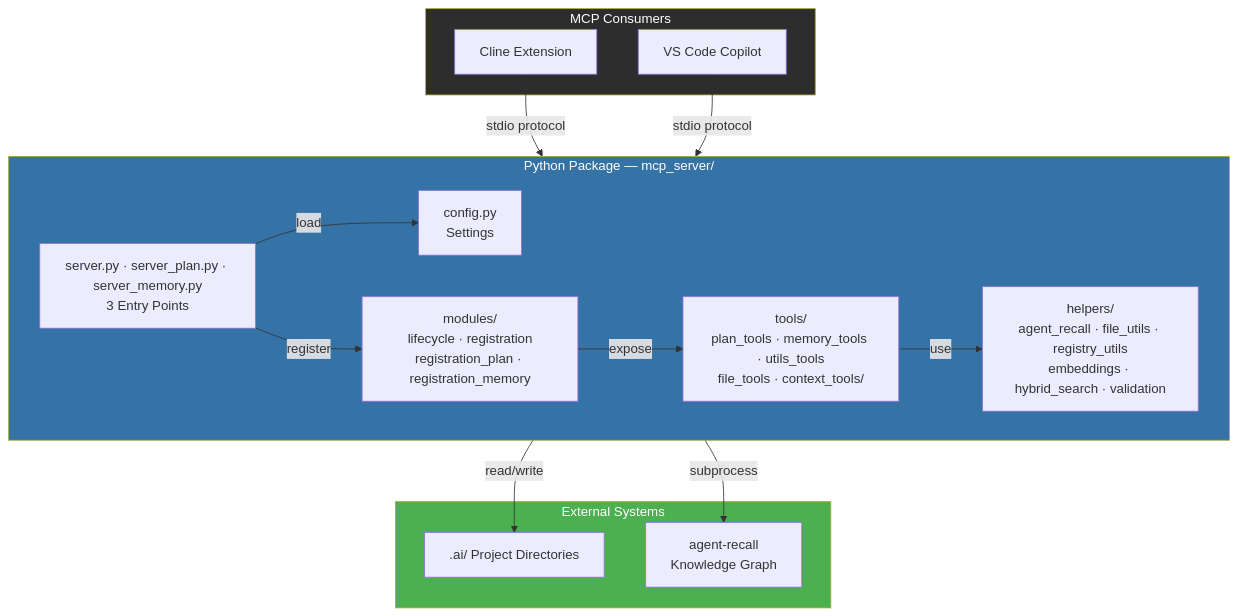
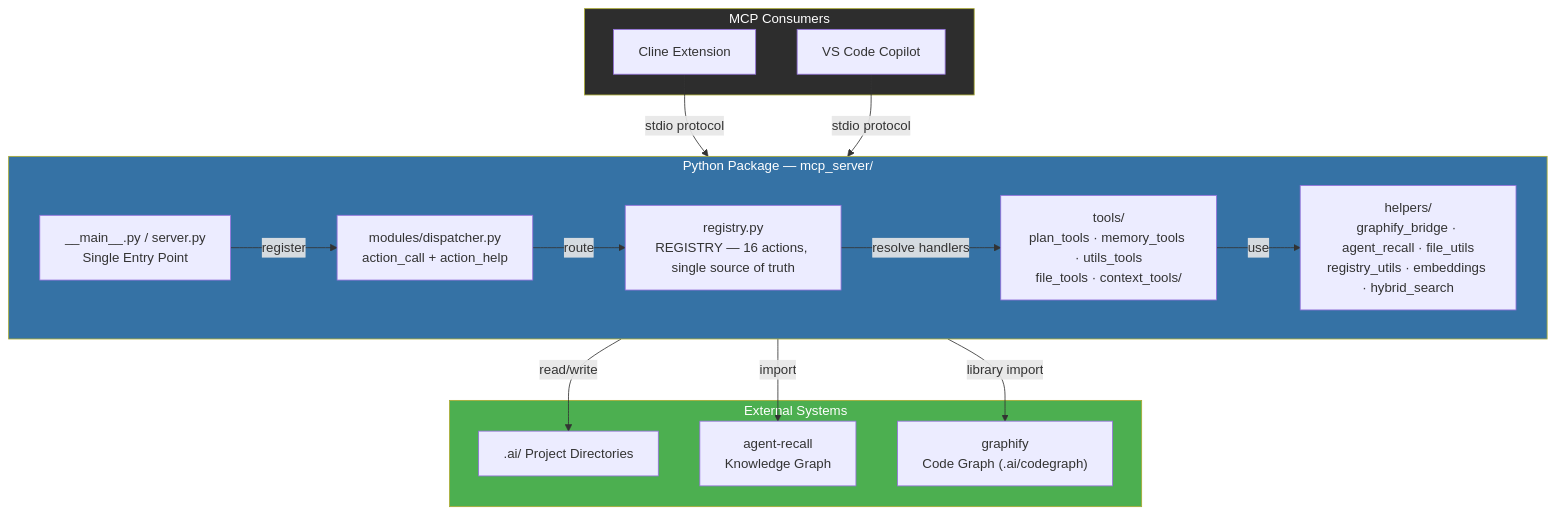
The first of 2 diagrams in src/mcp_server/README.md (awsomplak/awlab-ai-assistant), drawn with Mermaid before and after one commit. The commit also changed other lines of this file and 26 other files, not shown here.

````diff
--- a/src/mcp_server/README.md
+++ b/src/mcp_server/README.md
@@ -17,33 +15,35 @@
 ```mermaid
 graph TB
   subgraph SERVER["Python Package — mcp_server/"]
     direction LR
-    MCP_MAIN["server.py · server_plan.py · server_memory.py<br/>3 Entry Points"]
-    CFG["config.py<br/>Settings"]
+    MAIN["__main__.py / server.py<br/>Single Entry Point"]
+    DISP["modules/dispatcher.py<br/>action_call + action_help"]
+    REG["registry.py<br/>REGISTRY — 16 actions, single source of truth"]
     TOOLS["tools/<br/>plan_tools · memory_tools · utils_tools<br/>file_tools · context_tools/"]
-    HELPERS["helpers/<br/>agent_recall · file_utils · registry_utils<br/>embeddings · hybrid_search · validation"]
-    MODS["modules/<br/>lifecycle · registration<br/>registration_plan · registration_memory"]
+    HELPERS["helpers/<br/>graphify_bridge · agent_recall · file_utils<br/>registry_utils · embeddings · hybrid_search"]
   end
 
   subgraph CLIENTS["MCP Consumers"]
     CL["Cline Extension"]
     CP["VS Code Copilot"]
   end
 
   subgraph EXTERNAL["External Systems"]
     FS[".ai/ Project Directories"]
     AG["agent-recall<br/>Knowledge Graph"]
+    CG["graphify<br/>Code Graph (.ai/codegraph)"]
   end
 
-  CL & CP -->|"stdio protocol"| MCP_MAIN
-  MCP_MAIN -->|"load"| CFG
-  MCP_MAIN -->|"register"| MODS
-  MODS -->|"expose"| TOOLS
+  CL & CP -->|"stdio protocol"| MAIN
+  MAIN -->|"register"| DISP
+  DISP -->|"route"| REG
+  REG -->|"resolve handlers"| TOOLS
   TOOLS -->|"use"| HELPERS
   HELPERS -->|"read/write"| FS
-  HELPERS -->|"subprocess"| AG
+  HELPERS -->|"import"| AG
+  HELPERS -->|"library import"| CG
 
   style SERVER fill:#3572A5,color:#fff
   style CLIENTS fill:#2d2d2d,color:#fff
   style EXTERNAL fill:#4caf50,color:#fff
 ```
````
